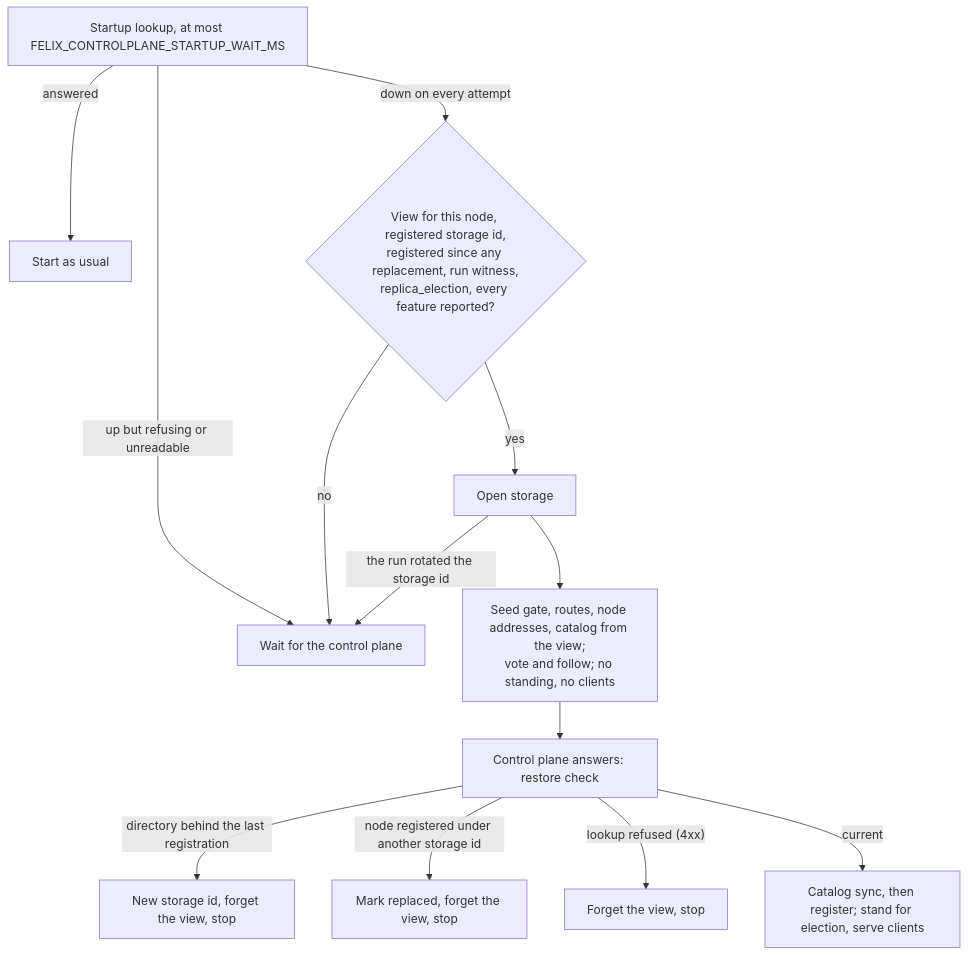
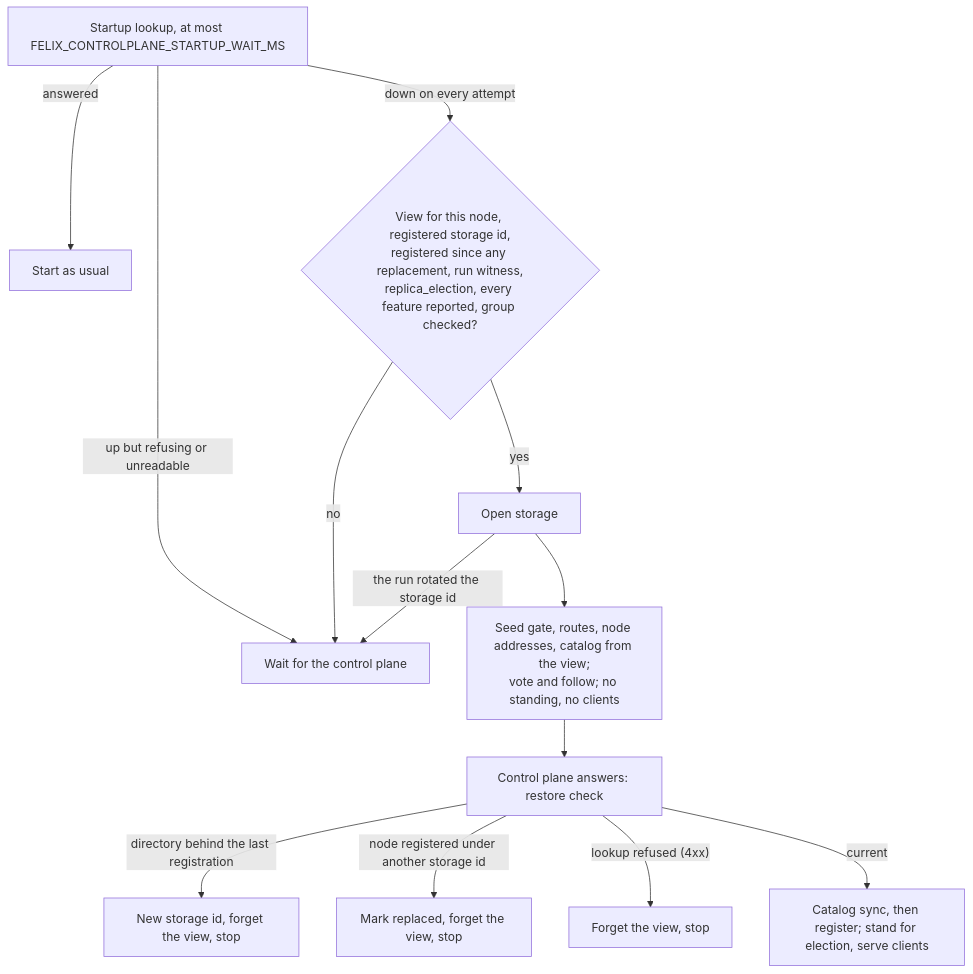
One commit to GetFelix/felix changed the diagram in docs/control-plane.md. Above: the diagram before and after it, drawn with Mermaid. The commit also changed other lines of this file and 6 other files, not shown here.

First line of the commit message:
fix(broker): start from the view under a control plane with no group (#2438)

````diff
--- a/docs/control-plane.md
+++ b/docs/control-plane.md
@@ -534,15 +540,15 @@
 ```mermaid
 flowchart TD
     A["Startup lookup, at most FELIX_CONTROLPLANE_STARTUP_WAIT_MS"] -- "answered" --> N["Start as usual"]
     A -- "up but refusing or unreadable" --> W["Wait for the control plane"]
-    A -- "down on every attempt" --> Q{"View for this node, registered storage id,<br/>registered since any replacement, run witness,<br/>replica_election, every feature reported?"}
+    A -- "down on every attempt" --> Q{"View for this node, registered storage id,<br/>registered since any replacement, run witness,<br/>replica_election, every feature reported, group checked?"}
     Q -- "no" --> W
     Q -- "yes" --> O["Open storage"]
     O -- "the run rotated the storage id" --> W
     O --> V["Seed gate, routes, node addresses, catalog from the view;<br/>vote and follow; no standing, no clients"]
     V --> C["Control plane answers: restore check"]
     C -- "directory behind the last registration" --> X["New storage id, forget the view, stop"]
     C -- "node registered under another storage id" --> Y["Mark replaced, forget the view, stop"]
     C -- "lookup refused (4xx)" --> Z["Forget the view, stop"]
     C -- "current" --> R["Catalog sync, then register; stand for election, serve clients"]
 ```
````
